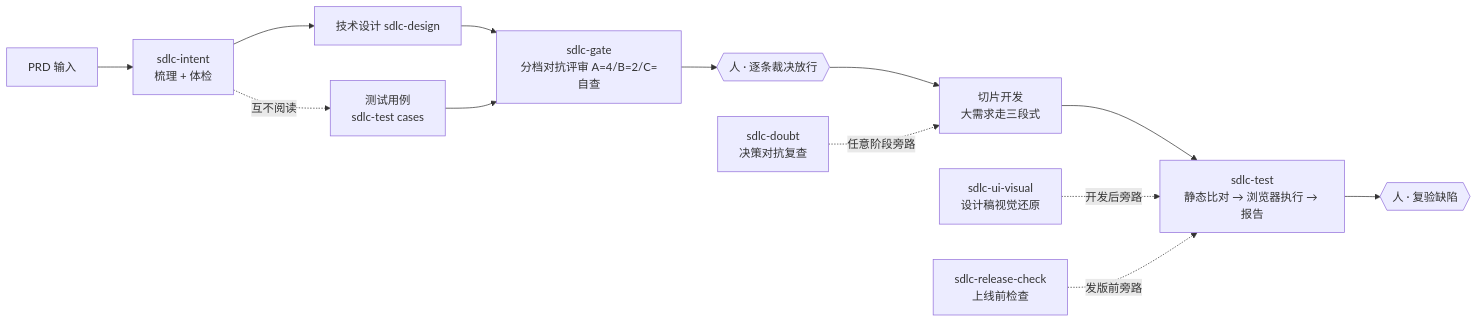
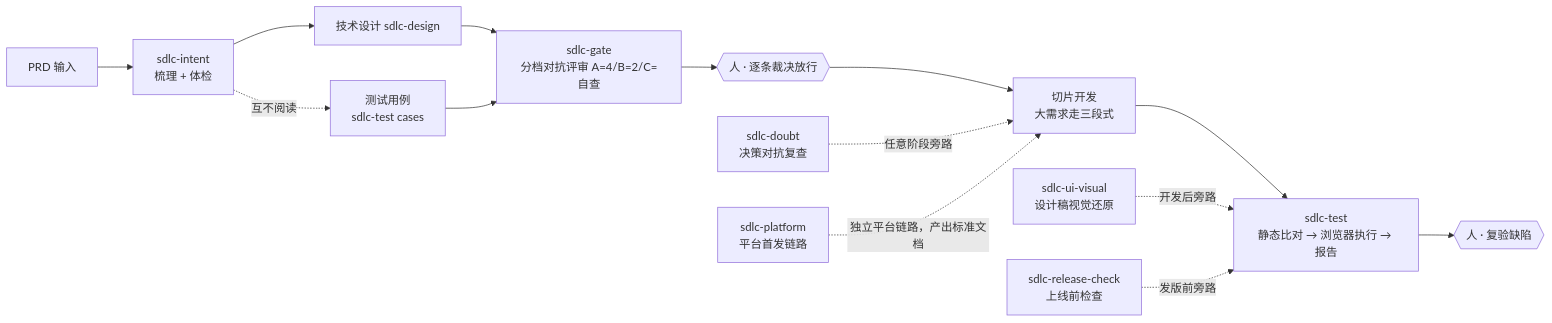
Before and after one commit to TsCarpe/claude-sdlc-skills: the diagram in README.md, drawn with Mermaid. The commit also changed 3 other files, not shown here.

First line of the commit message:
审核修复批：sdlc-platform CR 回流——工具限定名/幂等防护/话术补行/口径对齐

````diff
--- a/README.md
+++ b/README.md
@@ -27,15 +27,16 @@
 ```mermaid
 flowchart LR
     A[PRD 输入] --> B[sdlc-intent<br/>梳理 + 体检]
     B --> C1[技术设计 sdlc-design]
     B -.互不阅读.-> C2[测试用例<br/>sdlc-test cases]
     C1 --> D[sdlc-gate<br/>分档对抗评审 A=4/B=2/C=自查]
     C2 --> D
     D --> E{{人 · 逐条裁决放行}}
     E --> F[切片开发<br/>大需求走三段式]
     F --> G[sdlc-test<br/>静态比对 → 浏览器执行 → 报告]
     G --> H{{人 · 复验缺陷}}
     DB[sdlc-doubt<br/>决策对抗复查] -. 任意阶段旁路 .-> F
     UV[sdlc-ui-visual<br/>设计稿视觉还原] -. 开发后旁路 .-> G
     CR[sdlc-release-check<br/>上线前检查] -. 发版前旁路 .-> G
+    PF[sdlc-platform<br/>平台首发链路] -. 独立平台链路，产出标准文档 .-> F
 ```
````
